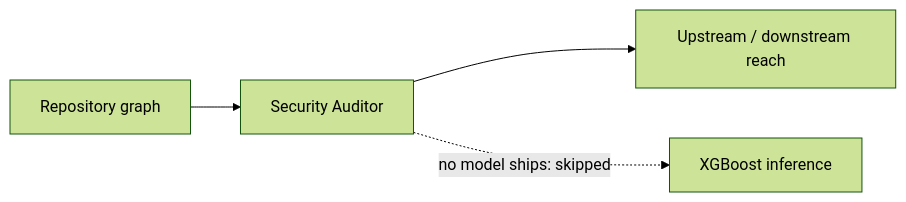
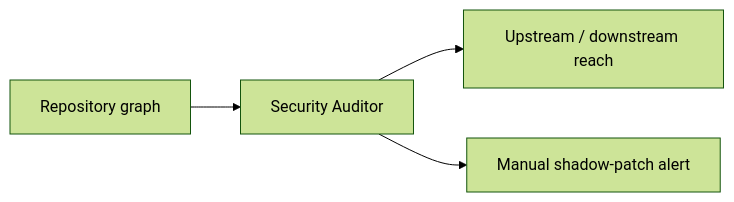
The diagram in docs/wiki/02-20-security-auditor.md (squid-protocol/gitgalaxy), drawn with Mermaid (forest theme) before and after one commit. The commit also changed other lines of this file and 1 other file, not shown here.

Commit message:
docs: wiki 02-20 and 04-00 say the XGBoost classifier is removed, research pending (Part of #8430)

````diff
--- a/docs/wiki/02-20-security-auditor.md
+++ b/docs/wiki/02-20-security-auditor.md
@@ -31,6 +19,6 @@
 ```mermaid
 graph LR
     A[Repository graph] --> B[Security Auditor]
     B --> C[Upstream / downstream reach]
-    B -.->|no model ships: skipped| D[XGBoost inference]
+    B --> D[Manual shadow-patch alert]
 ```
````
